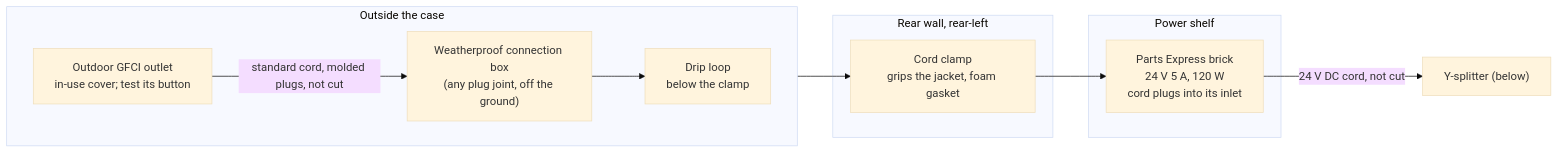
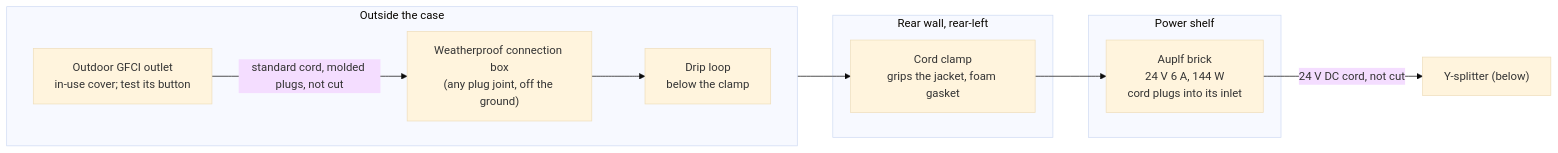
The first of 3 diagrams in docs/WIRING.md (davidwkeith/atmosfx-projector-case), drawn with Mermaid (base theme) before and after one commit. The commit also changed other lines of this file and 8 other files, not shown here.

````diff
--- a/docs/WIRING.md
+++ b/docs/WIRING.md
@@ -15,17 +15,17 @@
 ```mermaid
 flowchart LR
   subgraph OUT["Outside the case"]
     direction LR
     GFCI["Outdoor GFCI outlet<br/>in-use cover; test its button"]
     BOX["Weatherproof connection box<br/>(any plug joint, off the ground)"]
     LOOP["Drip loop<br/>below the clamp"]
   end
   subgraph WALL["Rear wall, rear-left"]
     CLAMP["Cord clamp<br/>grips the jacket, foam gasket"]
   end
   subgraph SHELF["Power shelf"]
-    BRICK["Parts Express brick<br/>24 V 5 A, 120 W<br/>cord plugs into its inlet"]
+    BRICK["Auplf brick<br/>24 V 6 A, 144 W<br/>cord plugs into its inlet"]
   end
   GFCI -- "standard cord, molded plugs, not cut" --> BOX --> LOOP --> CLAMP --> BRICK
   BRICK -- "24 V DC cord, not cut" --> DC["Y-splitter (below)"]
 ```
````
